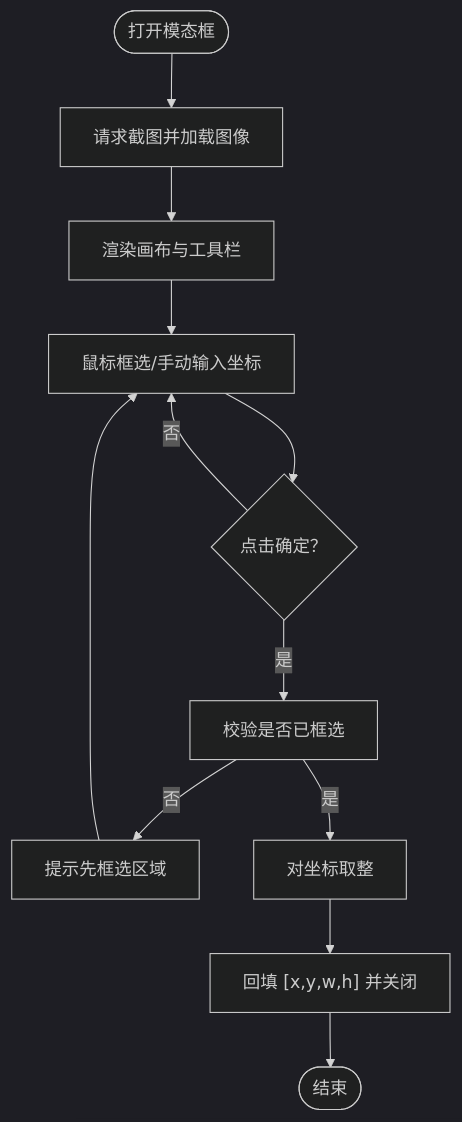
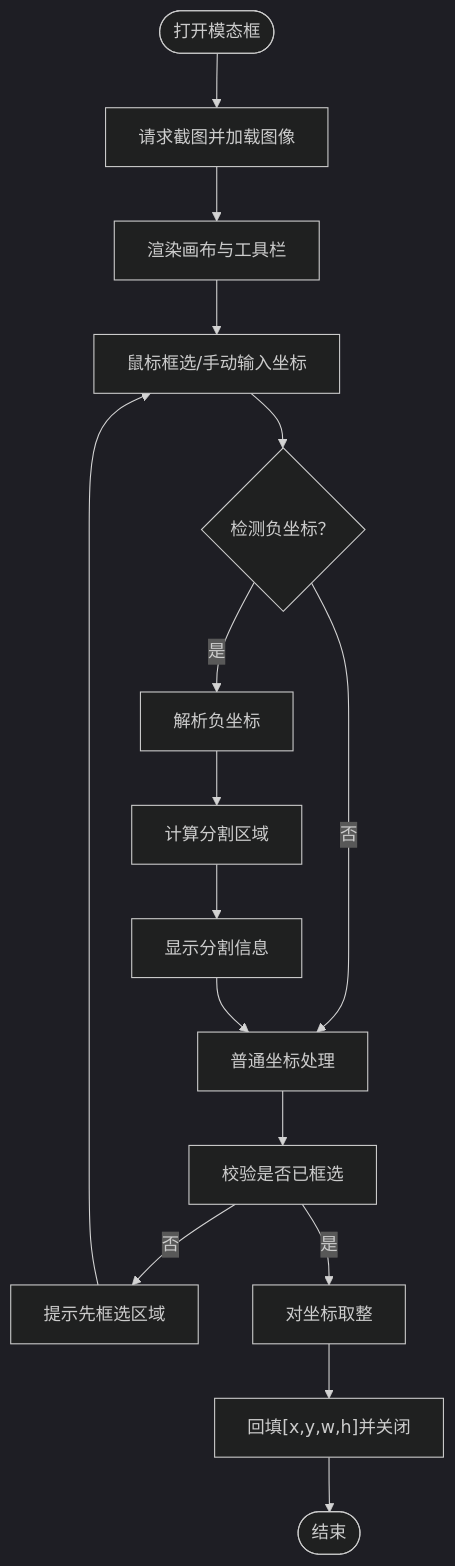
The third of 6 diagrams in .qoder/repowiki/zh/content/核心概念/区域选择模态框.md (kqcoxn/MaaPipelineEditor), drawn with Mermaid (dark theme) before and after one commit. The commit also changed other lines of this file and 9 other files, not shown here.

````diff
--- a/.qoder/repowiki/zh/content/核心概念/区域选择模态框.md
+++ b/.qoder/repowiki/zh/content/核心概念/区域选择模态框.md
@@ -136,14 +165,18 @@
 ```mermaid
 flowchart TD
 Start(["打开模态框"]) --> Load["请求截图并加载图像"]
 Load --> Render["渲染画布与工具栏"]
 Render --> Draw["鼠标框选/手动输入坐标"]
-Draw --> Confirm{"点击确定？"}
-Confirm --> |否| Draw
-Confirm --> |是| Validate["校验是否已框选"]
+Draw --> Check{"检测负坐标？"}
+Check --> |否| Confirm["普通坐标处理"]
+Check --> |是| Parse["解析负坐标"]
+Parse --> Split["计算分割区域"]
+Split --> Show["显示分割信息"]
+Show --> Confirm
+Confirm --> Validate["校验是否已框选"]
 Validate --> |否| Warn["提示先框选区域"]
 Warn --> Draw
 Validate --> |是| Round["对坐标取整"]
-Round --> Backfill["回填 [x,y,w,h] 并关闭"]
+Round --> Backfill["回填[x,y,w,h]并关闭"]
 Backfill --> End(["结束"])
 ```
````
